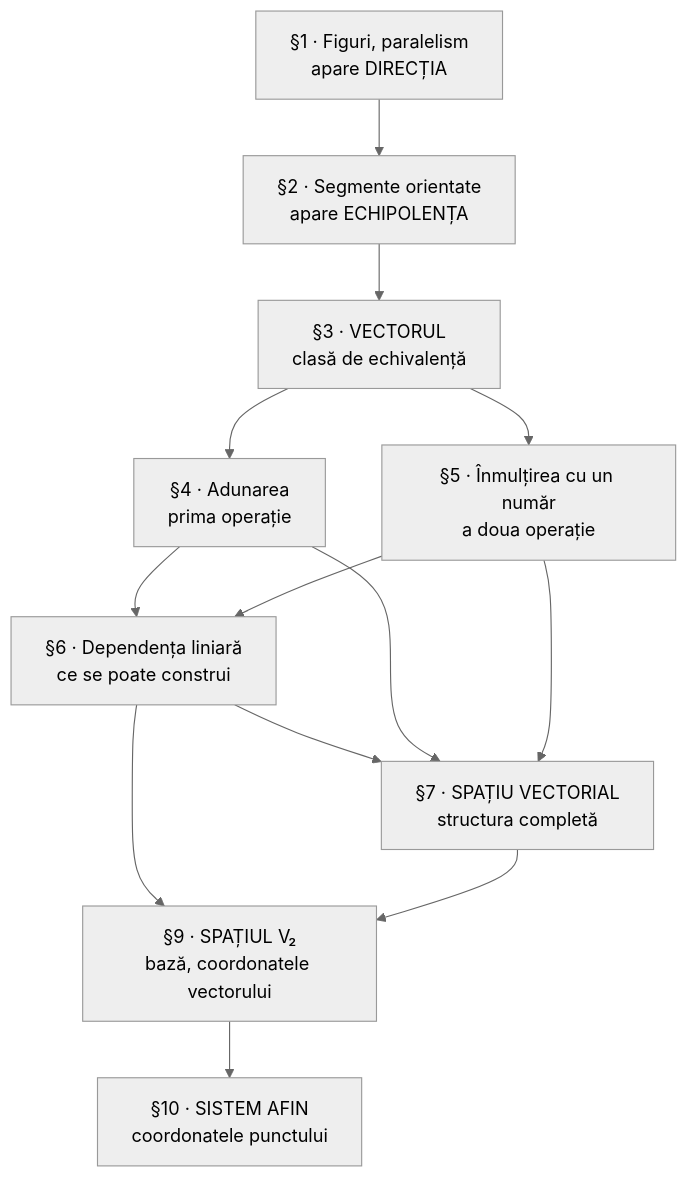
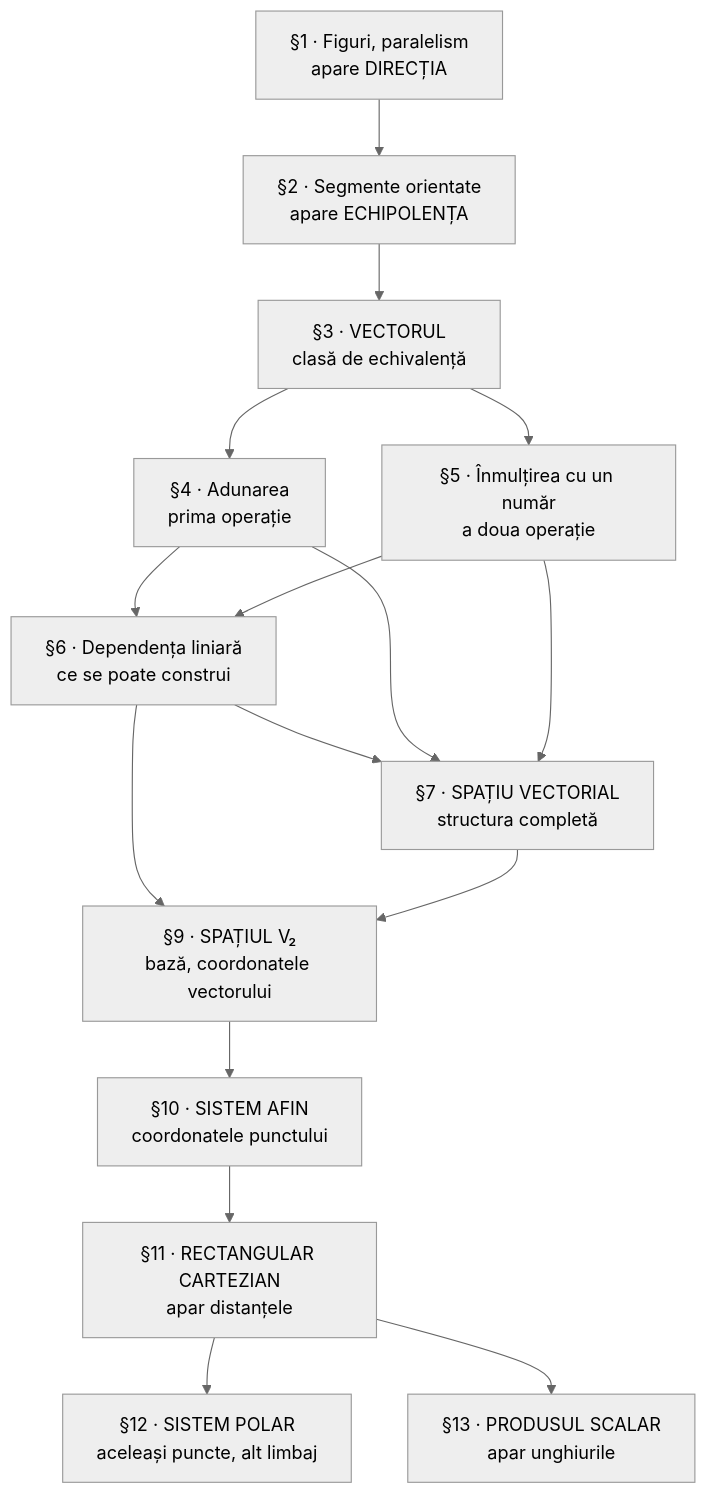
Before and after one commit to nudoarmetudor/conspecte: the diagram in content/Geometrie analitică în plan.md, drawn with Mermaid (neutral theme). The commit also changed other lines of this file and 35 other files, not shown here.

First line of the commit message:
Conspect §11–§13: metrica planului, coordonate polare, produsul scalar

````diff
--- a/content/Geometrie analitică în plan.md
+++ b/content/Geometrie analitică în plan.md
@@ -122,15 +146,18 @@
 ```mermaid
 graph TD
   S1["§1 · Figuri, paralelism<br/>apare DIRECȚIA"] --> S2["§2 · Segmente orientate<br/>apare ECHIPOLENȚA"]
   S2 --> S3["§3 · VECTORUL<br/>clasă de echivalență"]
   S3 --> S4["§4 · Adunarea<br/>prima operație"]
   S3 --> S5["§5 · Înmulțirea cu un număr<br/>a doua operație"]
   S4 --> S6["§6 · Dependența liniară<br/>ce se poate construi"]
   S5 --> S6
   S6 --> S7["§7 · SPAȚIU VECTORIAL<br/>structura completă"]
   S4 --> S7
   S5 --> S7
   S6 --> S9["§9 · SPAȚIUL V₂<br/>bază, coordonatele vectorului"]
   S7 --> S9
   S9 --> S10["§10 · SISTEM AFIN<br/>coordonatele punctului"]
+  S10 --> S11["§11 · RECTANGULAR CARTEZIAN<br/>apar distanțele"]
+  S11 --> S12["§12 · SISTEM POLAR<br/>aceleași puncte, alt limbaj"]
+  S11 --> S13["§13 · PRODUSUL SCALAR<br/>apar unghiurile"]
 ```
````
